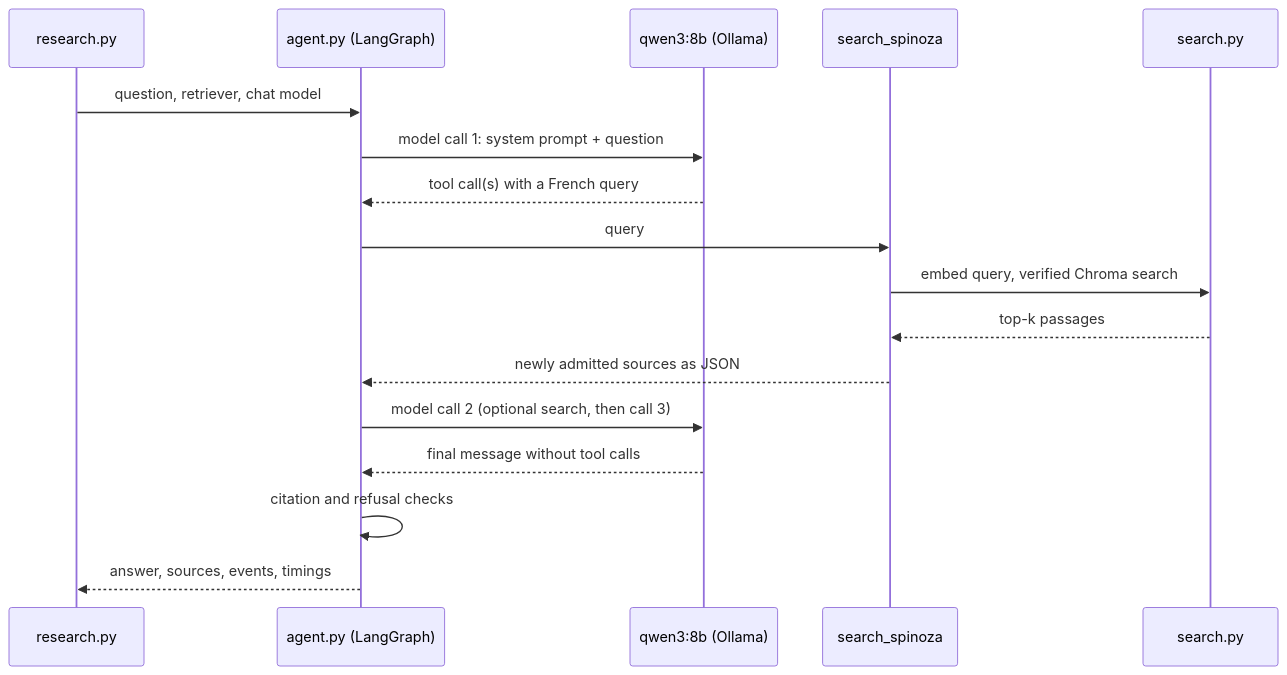
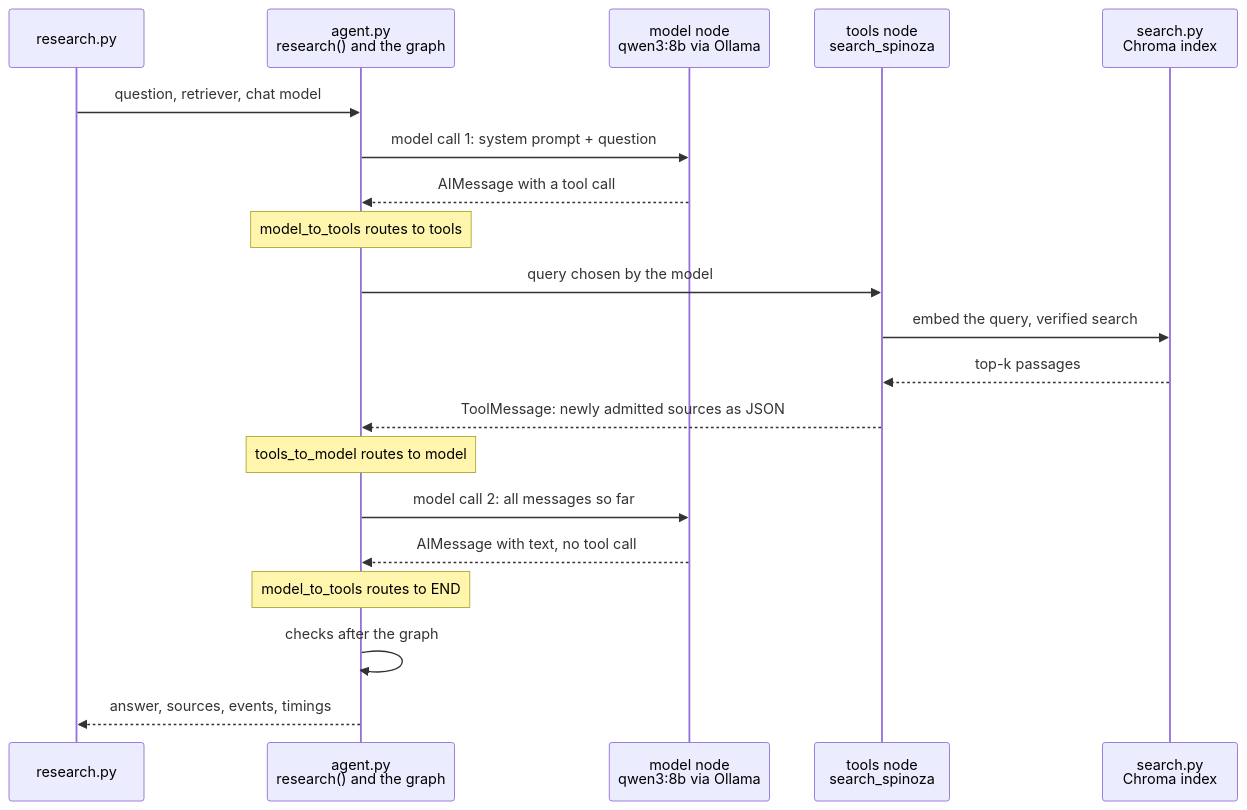
The fifth of 5 diagrams in docs/agent-workflow.md (Geodego/spinoza-rag), drawn with Mermaid before and after one commit. The commit also changed other lines of this file and 3 other files, not shown here.

Commit message:
docs: expand research agent workflow

````diff
--- a/docs/agent-workflow.md
+++ b/docs/agent-workflow.md
@@ -52,19 +271,22 @@
 ```mermaid
 sequenceDiagram
     participant CLI as research.py
-    participant Agent as agent.py (LangGraph)
-    participant Chat as qwen3:8b (Ollama)
-    participant Tool as search_spinoza
-    participant Search as search.py
+    participant Agent as agent.py<br/>research() and the graph
+    participant Chat as model node<br/>qwen3:8b via Ollama
+    participant Tool as tools node<br/>search_spinoza
+    participant Search as search.py<br/>Chroma index
     CLI->>Agent: question, retriever, chat model
     Agent->>Chat: model call 1: system prompt + question
-    Chat-->>Agent: tool call(s) with a French query
-    Agent->>Tool: query
-    Tool->>Search: embed query, verified Chroma search
+    Chat-->>Agent: AIMessage with a tool call
+    Note over Agent: model_to_tools routes to tools
+    Agent->>Tool: query chosen by the model
+    Tool->>Search: embed the query, verified search
     Search-->>Tool: top-k passages
-    Tool-->>Agent: newly admitted sources as JSON
-    Agent->>Chat: model call 2 (optional search, then call 3)
-    Chat-->>Agent: final message without tool calls
-    Agent->>Agent: citation and refusal checks
+    Tool-->>Agent: ToolMessage: newly admitted sources as JSON
+    Note over Agent: tools_to_model routes to model
+    Agent->>Chat: model call 2: all messages so far
+    Chat-->>Agent: AIMessage with text, no tool call
+    Note over Agent: model_to_tools routes to END
+    Agent->>Agent: checks after the graph
     Agent-->>CLI: answer, sources, events, timings
 ```
````
